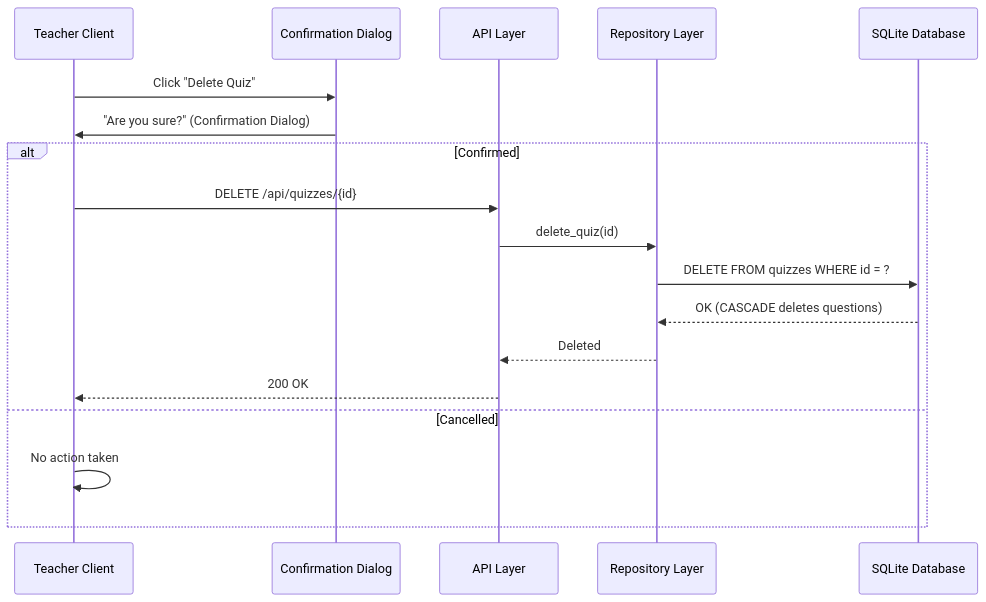
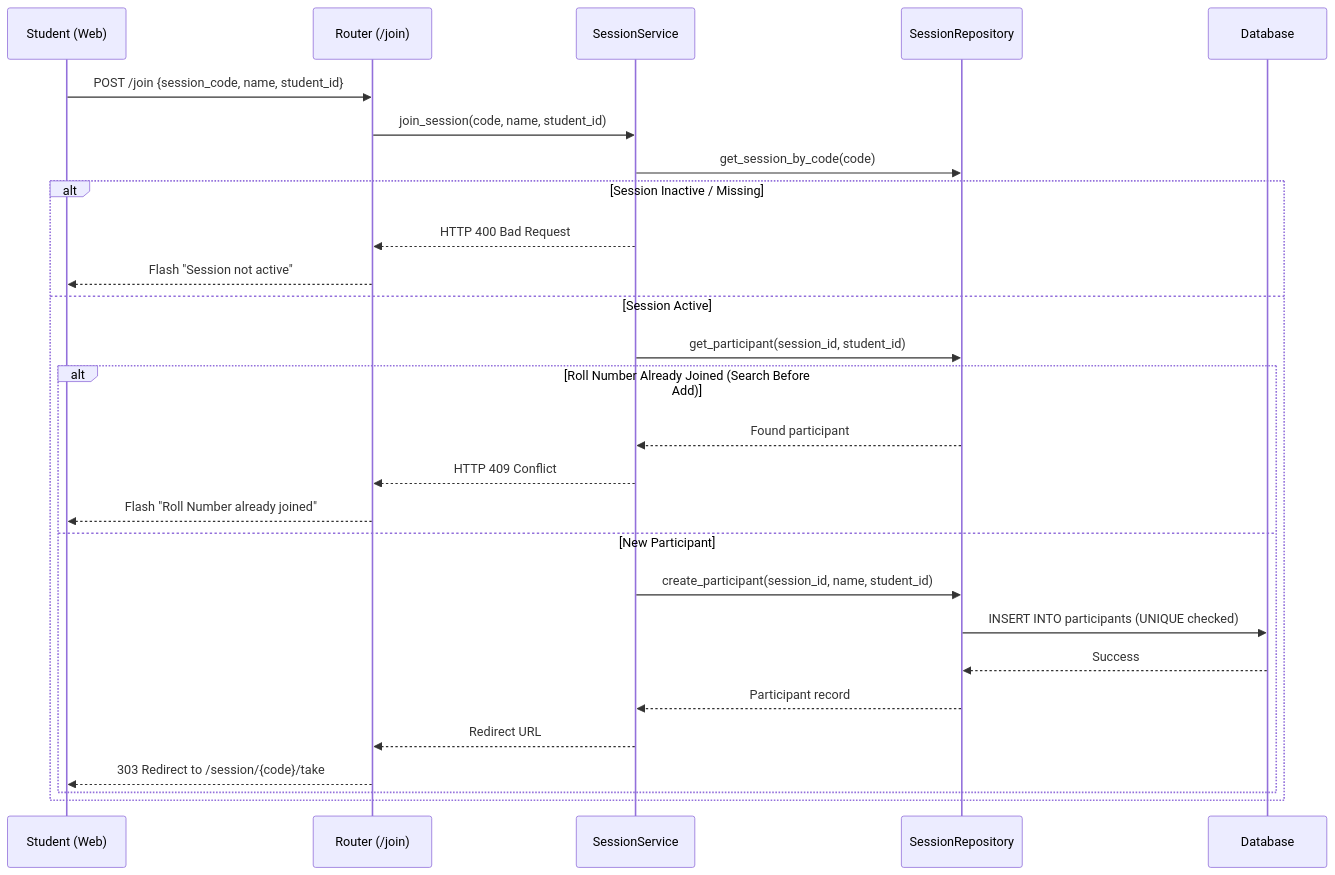
Before and after one commit to SakshamSinghSaloni/-BBAT104_TQM_-AU-24-5271-: the third of 3 diagrams in docs/architecture.md, drawn with Mermaid. The commit also changed other lines of this file and 52 other files, not shown here.

````diff
--- a/docs/architecture.md
+++ b/docs/architecture.md
@@ -73,21 +117,30 @@
 ```mermaid
 sequenceDiagram
-    participant T as Teacher Client
-    participant UI as Confirmation Dialog
-    participant A as API Layer
-    participant R as Repository Layer
-    participant D as SQLite Database
+    participant St as Student (Web)
+    participant R as Router (/join)
+    participant S as SessionService
+    participant Rep as SessionRepository
+    participant D as Database
 
-    T->>UI: Click "Delete Quiz"
-    UI->>T: "Are you sure?" (Confirmation Dialog)
-    alt Confirmed
-        T->>A: DELETE /api/quizzes/{id}
-        A->>R: delete_quiz(id)
-        R->>D: DELETE FROM quizzes WHERE id = ?
-        D-->>R: OK (CASCADE deletes questions)
-        R-->>A: Deleted
-        A-->>T: 200 OK
-    else Cancelled
-        T->>T: No action taken
+    St->>R: POST /join {session_code, name, student_id}
+    R->>S: join_session(code, name, student_id)
+    S->>Rep: get_session_by_code(code)
+    alt Session Inactive / Missing
+        S-->>R: HTTP 400 Bad Request
+        R-->>St: Flash "Session not active"
+    else Session Active
+        S->>Rep: get_participant(session_id, student_id)
+        alt Roll Number Already Joined (Search Before Add)
+            Rep-->>S: Found participant
+            S-->>R: HTTP 409 Conflict
+            R-->>St: Flash "Roll Number already joined"
+        else New Participant
+            S->>Rep: create_participant(session_id, name, student_id)
+            Rep->>D: INSERT INTO participants (UNIQUE checked)
+            D-->>Rep: Success
+            Rep-->>S: Participant record
+            S-->>R: Redirect URL
+            R-->>St: 303 Redirect to /session/{code}/take
+        end
     end
 ```
````
